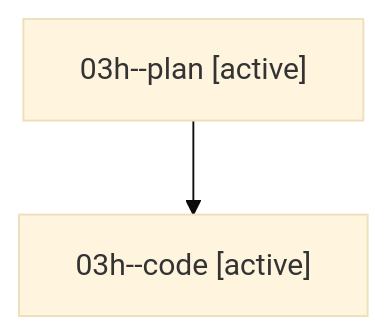
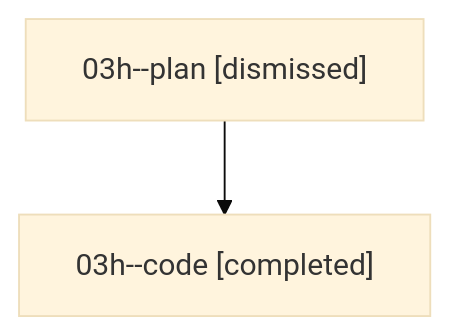
The diagram in families/bbugyi200.athena.03h.md (bobs-org/bob-cli--agents), drawn with Mermaid (base theme) before and after one commit. The commit also changed other lines of this file and 141 other files, not shown here.

````diff
--- a/families/bbugyi200.athena.03h.md
+++ b/families/bbugyi200.athena.03h.md
@@ -9,6 +9,6 @@
 ```mermaid
 flowchart TD
-  n0["03h--plan [active]"]
-  n1["03h--code [active]"]
+  n0["03h--plan [dismissed]"]
+  n1["03h--code [completed]"]
   n0 --> n1
 ```
````
